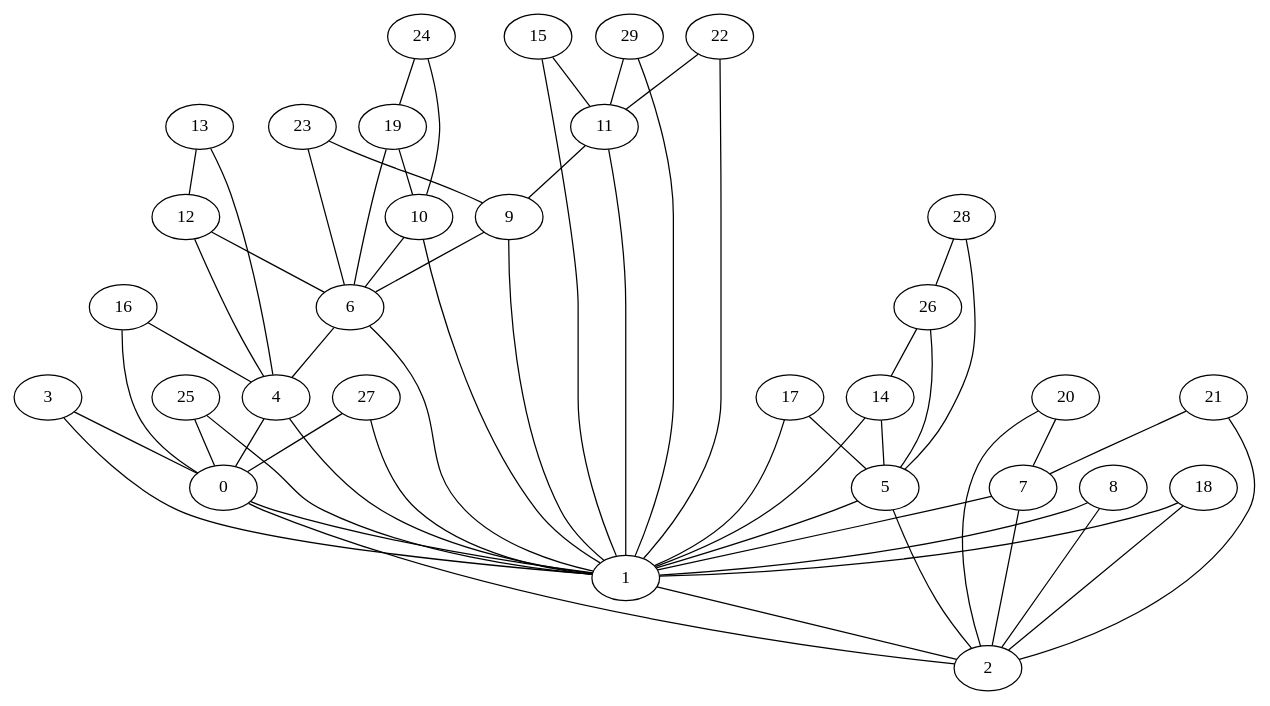
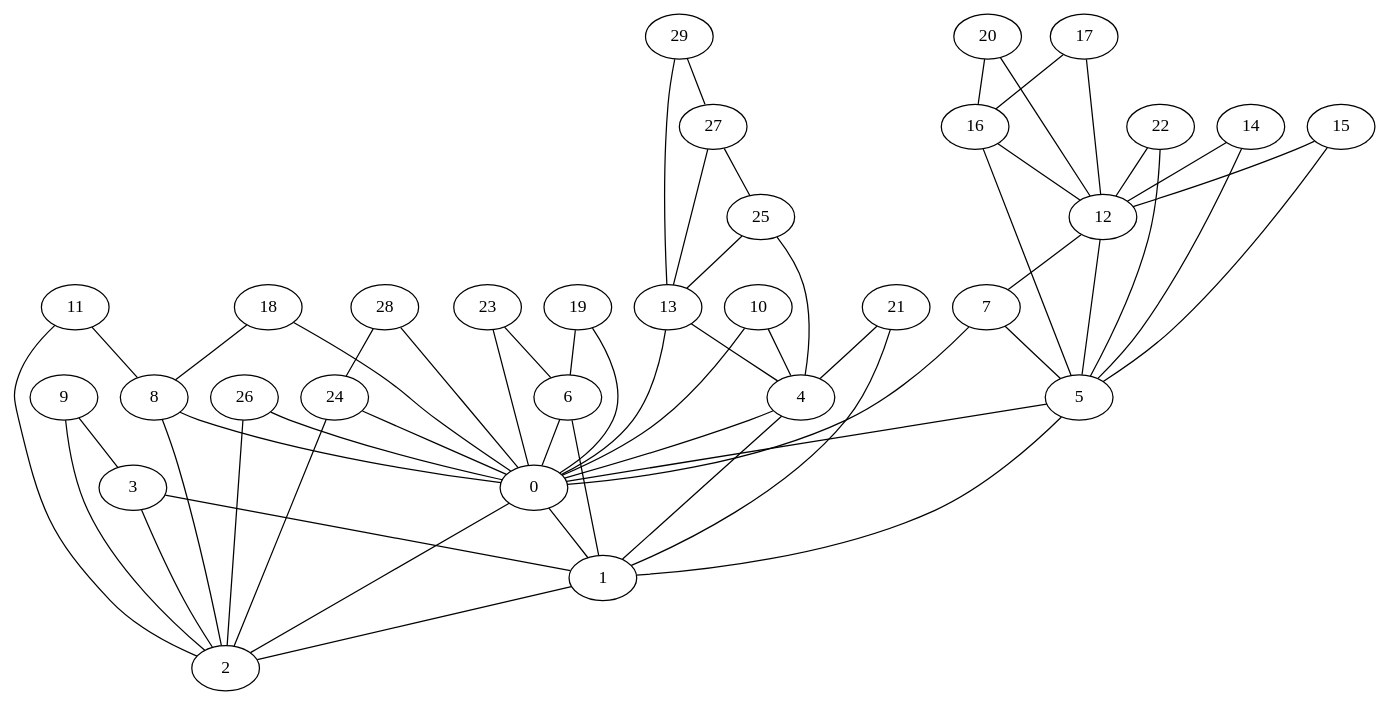
Before and after one commit to lemmhub/DAA_PROYECTO_6_MORENO_MENDIETA: the diagram in GV_FILESgrafoDorogovtsev_30.gv, drawn with Graphviz. The commit also changed 197 other files, not shown here.

```diff
--- a/GV_FILESgrafoDorogovtsev_30.gv
+++ b/GV_FILESgrafoDorogovtsev_30.gv
@@ -1,89 +1,89 @@
 graph grafoDorogovtsev_30  {
 0;
 1;
 2;
 3;
 4;
 5;
 6;
 7;
 8;
 9;
 10;
 11;
 12;
 13;
 14;
 15;
 16;
 17;
 18;
 19;
 20;
 21;
 22;
 23;
 24;
 25;
 26;
 27;
 28;
 29;
 0 -- 1;
 0 -- 2;
 1 -- 2;
-3 -- 0;
 3 -- 1;
+3 -- 2;
 4 -- 0;
 4 -- 1;
+5 -- 0;
 5 -- 1;
-5 -- 2;
-6 -- 4;
+6 -- 0;
 6 -- 1;
-7 -- 1;
-7 -- 2;
-8 -- 1;
+7 -- 5;
+7 -- 0;
+8 -- 0;
 8 -- 2;
-9 -- 6;
-9 -- 1;
-10 -- 6;
-10 -- 1;
-11 -- 9;
-11 -- 1;
-12 -- 6;
-12 -- 4;
-13 -- 12;
+9 -- 3;
+9 -- 2;
+10 -- 4;
+10 -- 0;
+11 -- 8;
+11 -- 2;
+12 -- 7;
+12 -- 5;
 13 -- 4;
+13 -- 0;
+14 -- 12;
 14 -- 5;
-14 -- 1;
-15 -- 11;
-15 -- 1;
-16 -- 4;
-16 -- 0;
-17 -- 5;
-17 -- 1;
-18 -- 1;
-18 -- 2;
-19 -- 10;
+15 -- 12;
+15 -- 5;
+16 -- 12;
+16 -- 5;
+17 -- 16;
+17 -- 12;
+18 -- 8;
+18 -- 0;
 19 -- 6;
-20 -- 7;
-20 -- 2;
-21 -- 7;
-21 -- 2;
-22 -- 11;
-22 -- 1;
-23 -- 9;
+19 -- 0;
+20 -- 16;
+20 -- 12;
+21 -- 4;
+21 -- 1;
+22 -- 12;
+22 -- 5;
 23 -- 6;
-24 -- 19;
-24 -- 10;
-25 -- 0;
-25 -- 1;
-26 -- 14;
-26 -- 5;
-27 -- 0;
-27 -- 1;
-28 -- 26;
-28 -- 5;
-29 -- 11;
-29 -- 1;
+23 -- 0;
+24 -- 0;
+24 -- 2;
+25 -- 13;
+25 -- 4;
+26 -- 0;
+26 -- 2;
+27 -- 25;
+27 -- 13;
+28 -- 24;
+28 -- 0;
+29 -- 27;
+29 -- 13;
 }
```
